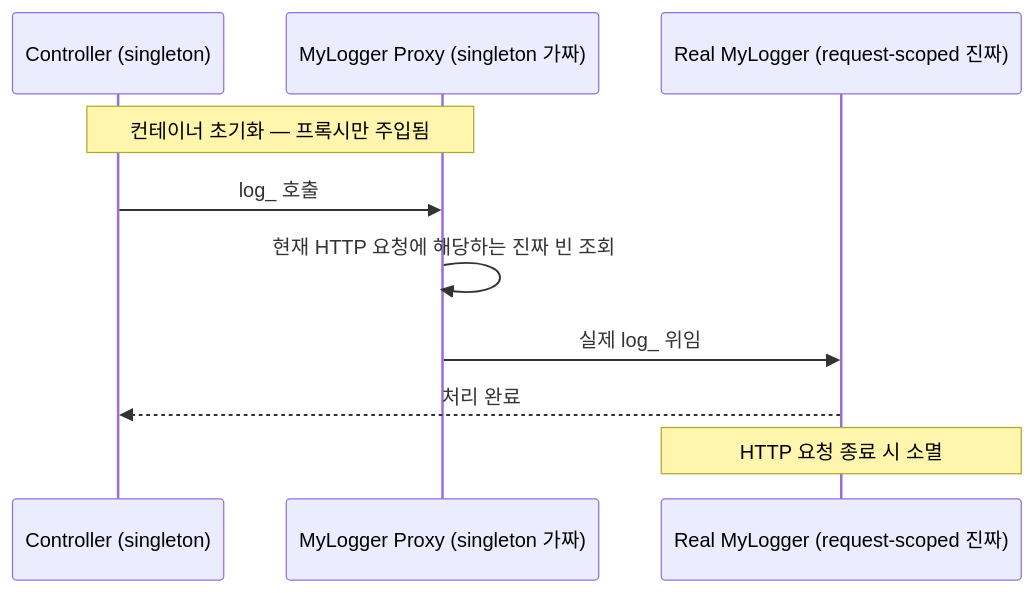
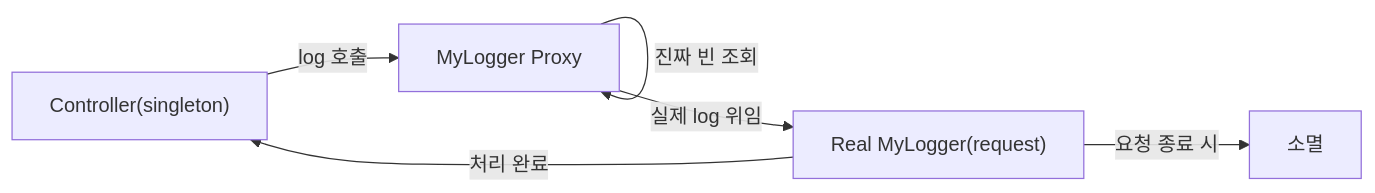
Before and after one commit to yjkim2015/yjkim2015.github.io: the ninth of 13 diagrams in _posts/spring/2026-05-02-spring-core-basic.md, drawn with Mermaid. The commit also changed other lines of this file and 84 other files, not shown here.

First line of the commit message:
85개 포스트 Mermaid 다이어그램 규칙 일괄 수정

````diff
--- a/_posts/spring/2026-05-02-spring-core-basic.md
+++ b/_posts/spring/2026-05-02-spring-core-basic.md
@@ -586,12 +582,8 @@
 ```mermaid
-sequenceDiagram
-    participant C as Controller (singleton)
-    participant P as MyLogger Proxy (singleton 가짜)
-    participant R as Real MyLogger (request-scoped 진짜)
-    Note over C,P: 컨테이너 초기화 — 프록시만 주입됨
-    C->>P: log_ 호출
-    P->>P: 현재 HTTP 요청에 해당하는 진짜 빈 조회
-    P->>R: 실제 log_ 위임
-    R-->>C: 처리 완료
-    Note over R: HTTP 요청 종료 시 소멸
+graph LR
+    C["Controller(singleton)"] -->|"log 호출"| P["MyLogger Proxy"]
+    P -->|"진짜 빈 조회"| P
+    P -->|"실제 log 위임"| R["Real MyLogger(request)"]
+    R -->|"처리 완료"| C
+    R -->|"요청 종료 시"| DEST["소멸"]
 ```
````
